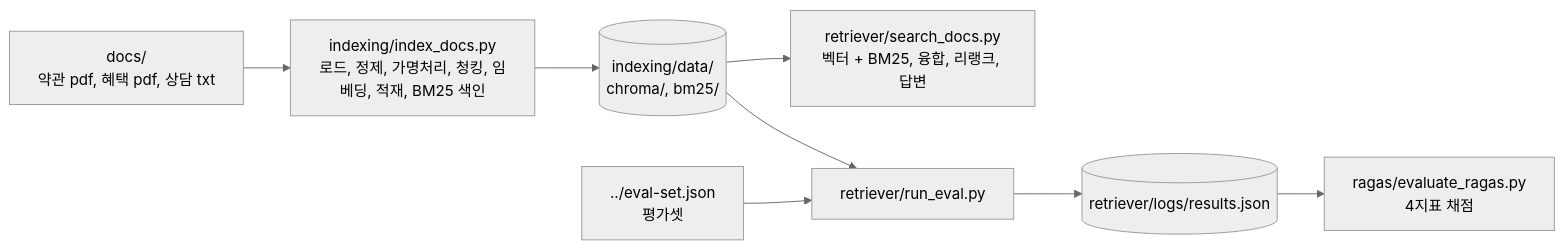
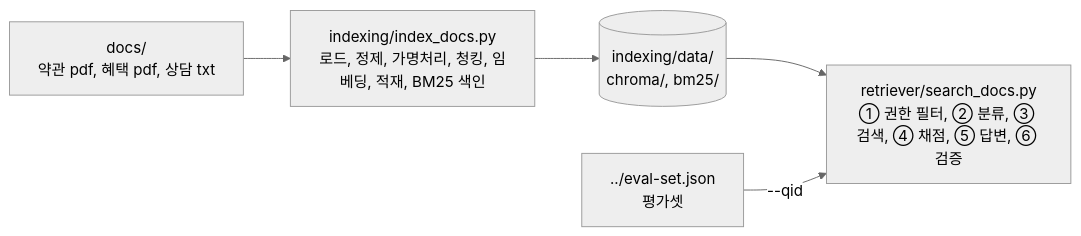
Before and after one commit to unicorn-campus/hybrid-ai: the diagram in hands-on/solutions/rag/README.md, drawn with Mermaid (neutral theme). The commit also changed other lines of this file and 37 other files, not shown here.

First line of the commit message:
RAG 검색 워크플로우 6단계 실습 예제와 교재 코드 장표 추가

````diff
--- a/hands-on/solutions/rag/README.md
+++ b/hands-on/solutions/rag/README.md
@@ -9,10 +10,7 @@
 ```mermaid
 flowchart LR
     DOCS[docs/<br/>약관 pdf, 혜택 pdf, 상담 txt] --> IDX[indexing/index_docs.py<br/>로드, 정제, 가명처리, 청킹, 임베딩, 적재, BM25 색인]
     IDX --> DATA[(indexing/data/<br/>chroma/, bm25/)]
-    DATA --> RET[retriever/search_docs.py<br/>벡터 + BM25, 융합, 리랭크, 답변]
-    EVAL[../eval-set.json<br/>평가셋] --> RUN[retriever/run_eval.py]
-    DATA --> RUN
-    RUN --> LOG[(retriever/logs/results.json)]
-    LOG --> RAG[ragas/evaluate_ragas.py<br/>4지표 채점]
+    DATA --> RET[retriever/search_docs.py<br/>① 권한 필터, ② 분류, ③ 검색, ④ 채점, ⑤ 답변, ⑥ 검증]
+    EVAL[../eval-set.json<br/>평가셋] -->|--qid| RET
 ```
````
